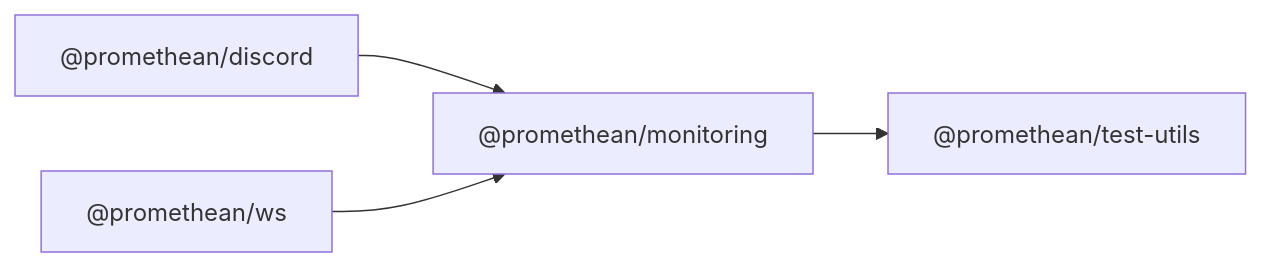
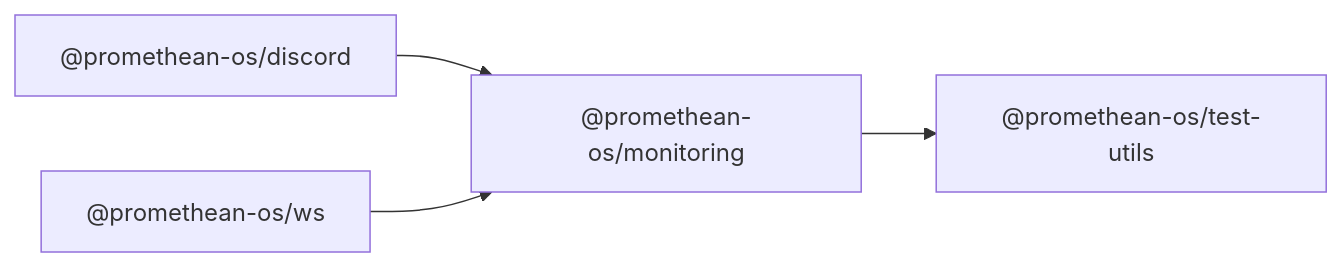
The diagram in docs/packages/monitoring/README.md (octave-commons/promethean), drawn with Mermaid before and after one commit. The commit also changed other lines of this file and 1753 other files, not shown here.

````diff
--- a/docs/packages/monitoring/README.md
+++ b/docs/packages/monitoring/README.md
@@ -14,13 +14,13 @@
 ```mermaid
 graph LR
-  A["@promethean/monitoring"]
-  D1["@promethean/test-utils"]
-  R1["@promethean/discord"]
-  R2["@promethean/ws"]
-  A --> D1["@promethean/test-utils"]
-  R1["@promethean/discord"] --> A
-  R2["@promethean/ws"] --> A
-  click D1 "../test-utils/README.md" "@promethean/test-utils"
-  click R1 "../discord/README.md" "@promethean/discord"
-  click R2 "../ws/README.md" "@promethean/ws"
+  A["@promethean-os/monitoring"]
+  D1["@promethean-os/test-utils"]
+  R1["@promethean-os/discord"]
+  R2["@promethean-os/ws"]
+  A --> D1["@promethean-os/test-utils"]
+  R1["@promethean-os/discord"] --> A
+  R2["@promethean-os/ws"] --> A
+  click D1 "../test-utils/README.md" "@promethean-os/test-utils"
+  click R1 "../discord/README.md" "@promethean-os/discord"
+  click R2 "../ws/README.md" "@promethean-os/ws"
 ```
````
